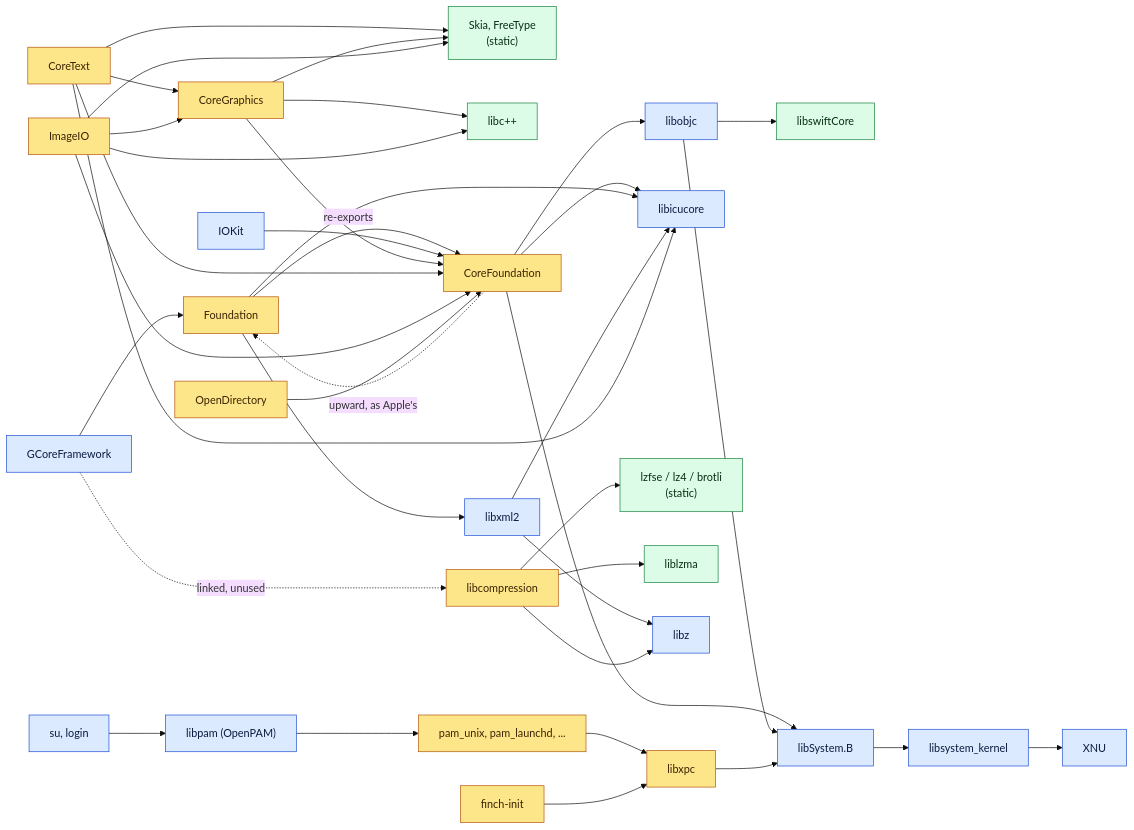
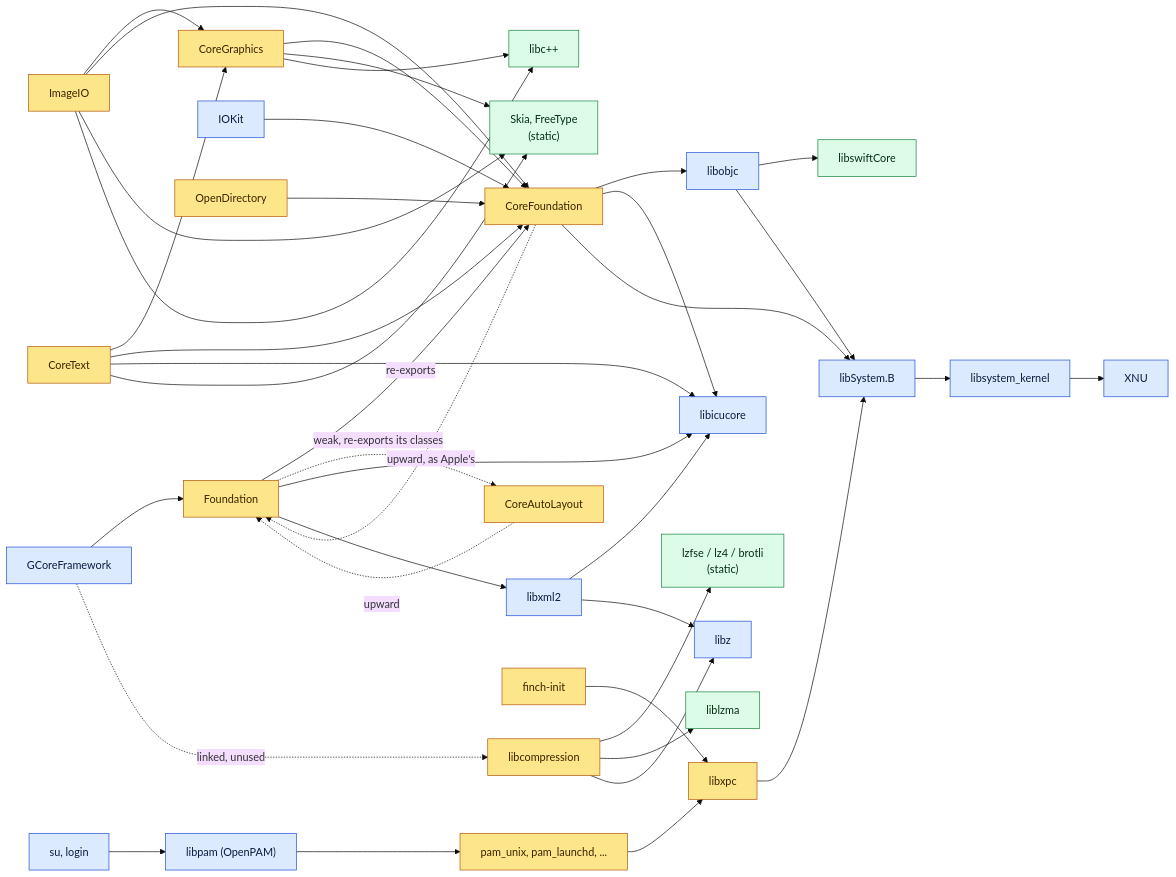
The second of 2 diagrams in docs/STACK.md (calebtrueman/finch), drawn with Mermaid (base theme) before and after one commit. The commit also changed other lines of this file and 36 other files, not shown here.

````diff
--- a/docs/STACK.md
+++ b/docs/STACK.md
@@ -148,69 +150,72 @@
 ```mermaid
 flowchart LR
     classDef apple fill:#dbeafe,stroke:#1d4ed8,color:#0b1b3f
     classDef finch fill:#fde68a,stroke:#b45309,color:#3b2300
     classDef upstream fill:#dcfce7,stroke:#15803d,color:#052e12
     classDef planned fill:#f3f4f6,stroke:#9ca3af,color:#6b7280,stroke-dasharray:4 3
     classDef closed fill:#ffffff,stroke:#b91c1c,color:#b91c1c,stroke-width:2px
 
     gcore["GCoreFramework"]:::apple
     ffound["Foundation"]:::finch
     cgfw["CoreGraphics"]:::finch
     ctfw["CoreText"]:::finch
     imageio["ImageIO"]:::finch
     skialib["Skia, FreeType<br/>(static)"]:::upstream
     cxxlib["libc++"]:::upstream
     cf["CoreFoundation"]:::finch
+    cal["CoreAutoLayout"]:::finch
     iokit["IOKit"]:::apple
     od["OpenDirectory"]:::finch
     objc["libobjc"]:::apple
     swift["libswiftCore"]:::upstream
     icu["libicucore"]:::apple
     xml["libxml2"]:::apple
     comp["libcompression"]:::finch
     codecs["lzfse / lz4 / brotli<br/>(static)"]:::upstream
     lzma["liblzma"]:::upstream
     z["libz"]:::apple
     pamlib["libpam (OpenPAM)"]:::apple
     pammods["pam_unix, pam_launchd, ..."]:::finch
     su["su, login"]:::apple
     xpc["libxpc"]:::finch
     init["finch-init"]:::finch
     sys["libSystem.B"]:::apple
     kern["libsystem_kernel"]:::apple
     xnu["XNU"]:::apple
 
     gcore --> ffound
     gcore -.->|"linked, unused"| comp
     ffound -->|"re-exports"| cf
     cf -.->|"upward, as Apple's"| ffound
+    ffound -.->|"weak, re-exports its classes"| cal
+    cal -.->|"upward"| ffound
     cf --> objc --> swift
     cf --> icu
     ffound --> icu
     ffound --> xml
     xml --> icu
     xml --> z
     iokit --> cf
     cgfw --> cf
     ctfw --> cgfw
     ctfw --> cf
     ctfw --> icu
     ctfw --> skialib
     cgfw --> skialib
     cgfw --> cxxlib
     imageio --> cgfw
     imageio --> cf
     imageio --> skialib
     imageio --> cxxlib
     od --> cf
     comp --> codecs
     comp --> lzma
     comp --> z
     su --> pamlib --> pammods
     pammods --> xpc
     init --> xpc
     cf --> sys
     objc --> sys
     xpc --> sys
     sys --> kern --> xnu
 ```
````
